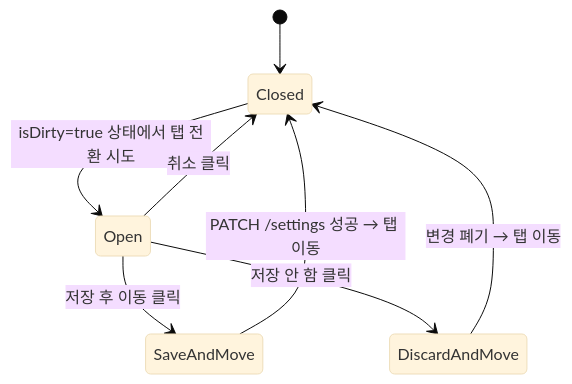
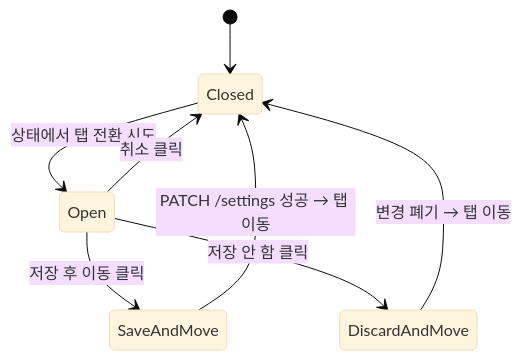
One commit to dev-spogym/admin-pando changed the diagram in docs/다이어그램/D09_설정관리/DLG/DLG-080-001_미저장경고/M1_생명주기.md. Above: the diagram before and after it, drawn with Mermaid (base theme). The commit also changed other lines of this file and 1660 other files, not shown here.

First line of the commit message:
다이어그램: 기획자/클라이언트 납품본으로 정리

````diff
--- a/docs/다이어그램/D09_설정관리/DLG/DLG-080-001_미저장경고/M1_생명주기.md
+++ b/docs/다이어그램/D09_설정관리/DLG/DLG-080-001_미저장경고/M1_생명주기.md
@@ -14,10 +12,10 @@
 ```mermaid
 stateDiagram-v2
     [*] --> Closed
-    Closed --> Open: isDirty=true 상태에서 탭 전환 시도
+    Closed --> Open: 상태에서 탭 전환 시도
     Open --> SaveAndMove: 저장 후 이동 클릭
     Open --> DiscardAndMove: 저장 안 함 클릭
     Open --> Closed: 취소 클릭
     SaveAndMove --> Closed: PATCH /settings 성공 → 탭 이동
     DiscardAndMove --> Closed: 변경 폐기 → 탭 이동
 ```
````
